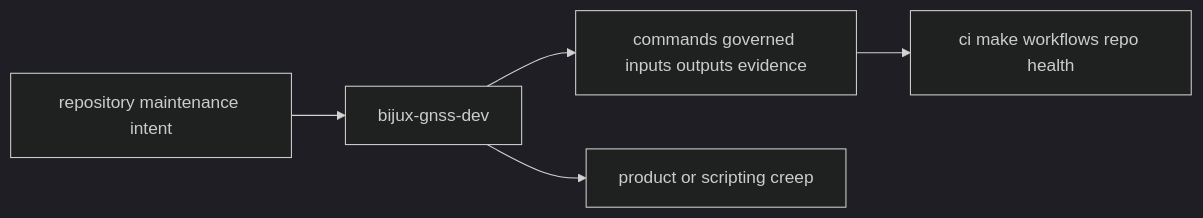
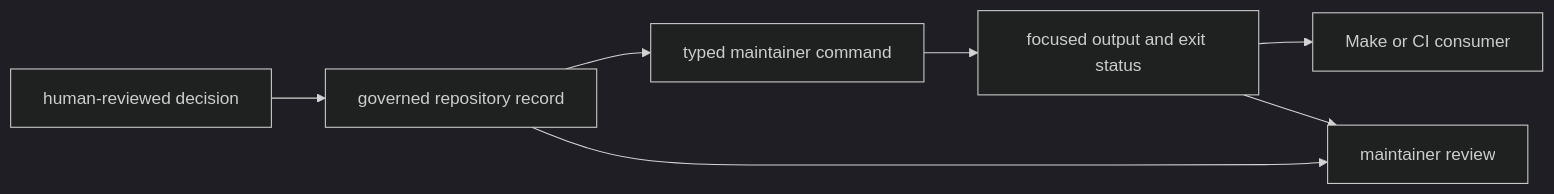
One commit to bijux/bijux-telecom changed the first of 2 diagrams in docs/07-bijux-gnss-dev/foundation/index.md. Above: the diagram before and after it, drawn with Mermaid (dark theme). The commit also changed other lines of this file, not shown here.

Commit message:
docs(maintainers): define governed workflow trust

````diff
--- a/docs/07-bijux-gnss-dev/foundation/index.md
+++ b/docs/07-bijux-gnss-dev/foundation/index.md
@@ -18,11 +34,13 @@
 ```mermaid
 flowchart LR
-    maintain["repository maintenance intent"]
-    dev["bijux-gnss-dev"]
-    contracts["commands governed inputs outputs evidence"]
-    downstream["ci make workflows repo health"]
-    drift["product or scripting creep"]
+    decision["human-reviewed decision"]
+    record["governed repository record"]
+    command["typed maintainer command"]
+    result["focused output and exit status"]
+    automation["Make or CI consumer"]
+    review["maintainer review"]
 
-    maintain --> dev --> contracts --> downstream
-    dev --> drift
+    decision --> record --> command --> result --> automation
+    result --> review
+    record --> review
 ```
````
